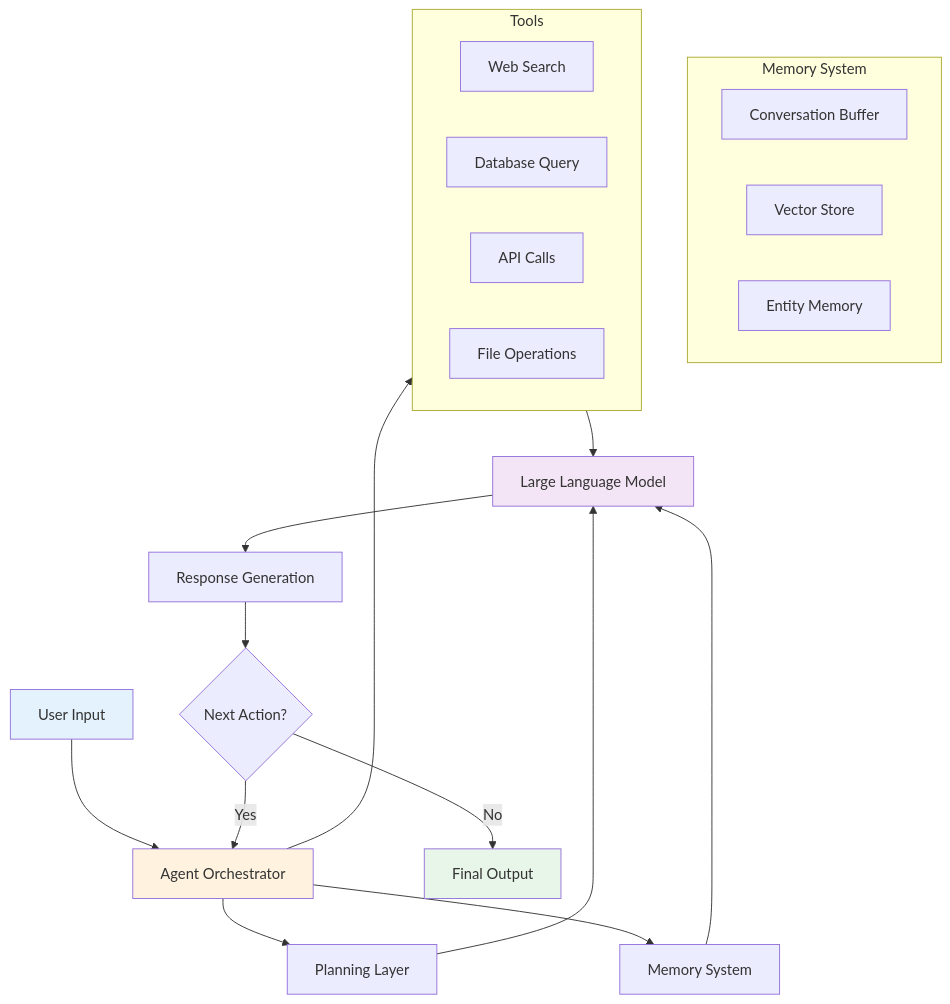
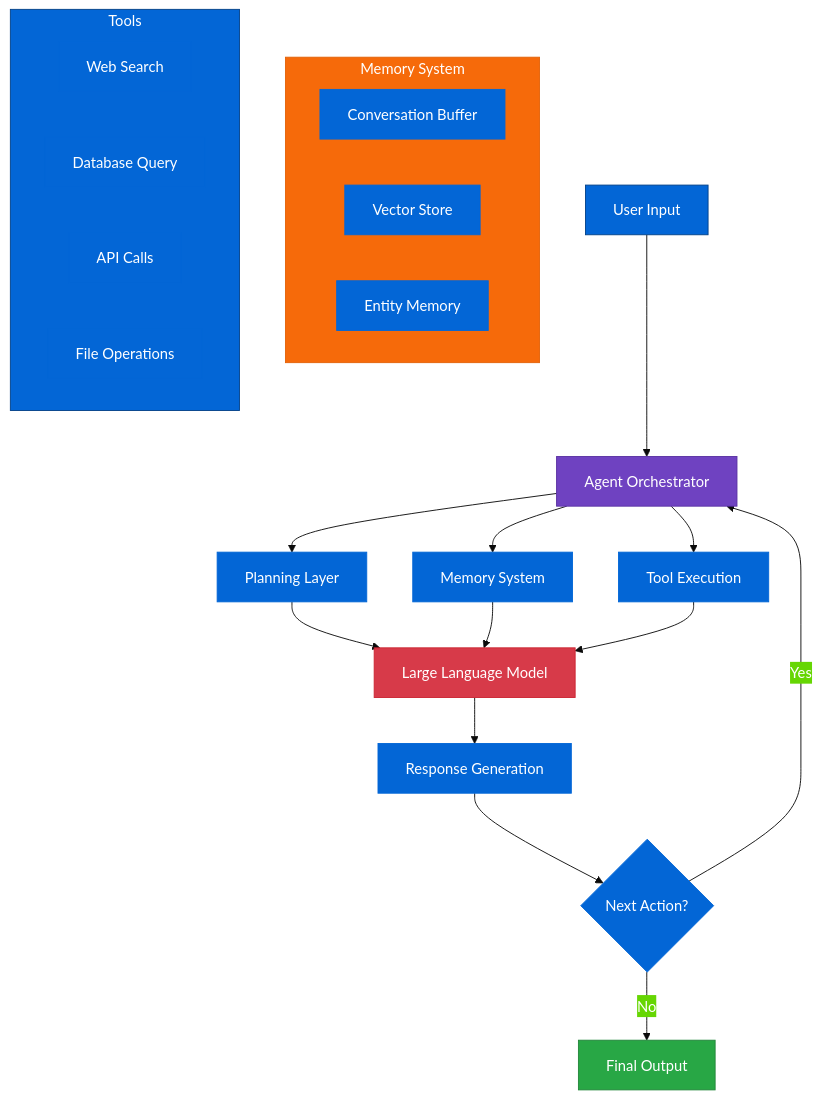
One commit to nexageapps/AI changed the seventh of 21 diagrams in README.md. Above: the diagram before and after it, drawn with Mermaid. The commit also changed other lines of this file and 1 other file, not shown here.

````diff
--- a/README.md
+++ b/README.md
@@ -244,36 +247,39 @@
 ```mermaid
+%%{init: {'theme':'base', 'themeVariables': {'primaryColor':'#0366d6','primaryTextColor':'#fff','primaryBorderColor':'#0366d6'}}}%%
 graph TB
     User[User Input] --> Agent[Agent Orchestrator]
     
     Agent --> Plan[Planning Layer]
     Agent --> Memory[Memory System]
     Agent --> Tools[Tool Execution]
     
-    subgraph Memory System
+    subgraph MemSys[Memory System]
         M1[Conversation Buffer]
         M2[Vector Store]
         M3[Entity Memory]
     end
     
-    subgraph Tools
+    subgraph ToolSys[Tools]
         T1[Web Search]
         T2[Database Query]
         T3[API Calls]
         T4[File Operations]
     end
     
     Plan --> LLM[Large Language Model]
     Memory --> LLM
     Tools --> LLM
     
     LLM --> Response[Response Generation]
     Response --> Action{Next Action?}
     
     Action -->|Yes| Agent
     Action -->|No| Output[Final Output]
     
-    style User fill:#e3f2fd
-    style Agent fill:#fff3e0
-    style LLM fill:#f3e5f5
-    style Output fill:#e8f5e9
+    style User fill:#0366d6,stroke:#044289,color:#fff
+    style Agent fill:#6f42c1,stroke:#5a32a3,color:#fff
+    style LLM fill:#d73a49,stroke:#cb2431,color:#fff
+    style Output fill:#28a745,stroke:#22863a,color:#fff
+    style MemSys fill:#f66a0a,stroke:#e36209,color:#fff
+    style ToolSys fill:#0366d6,stroke:#044289,color:#fff
 ```
````
